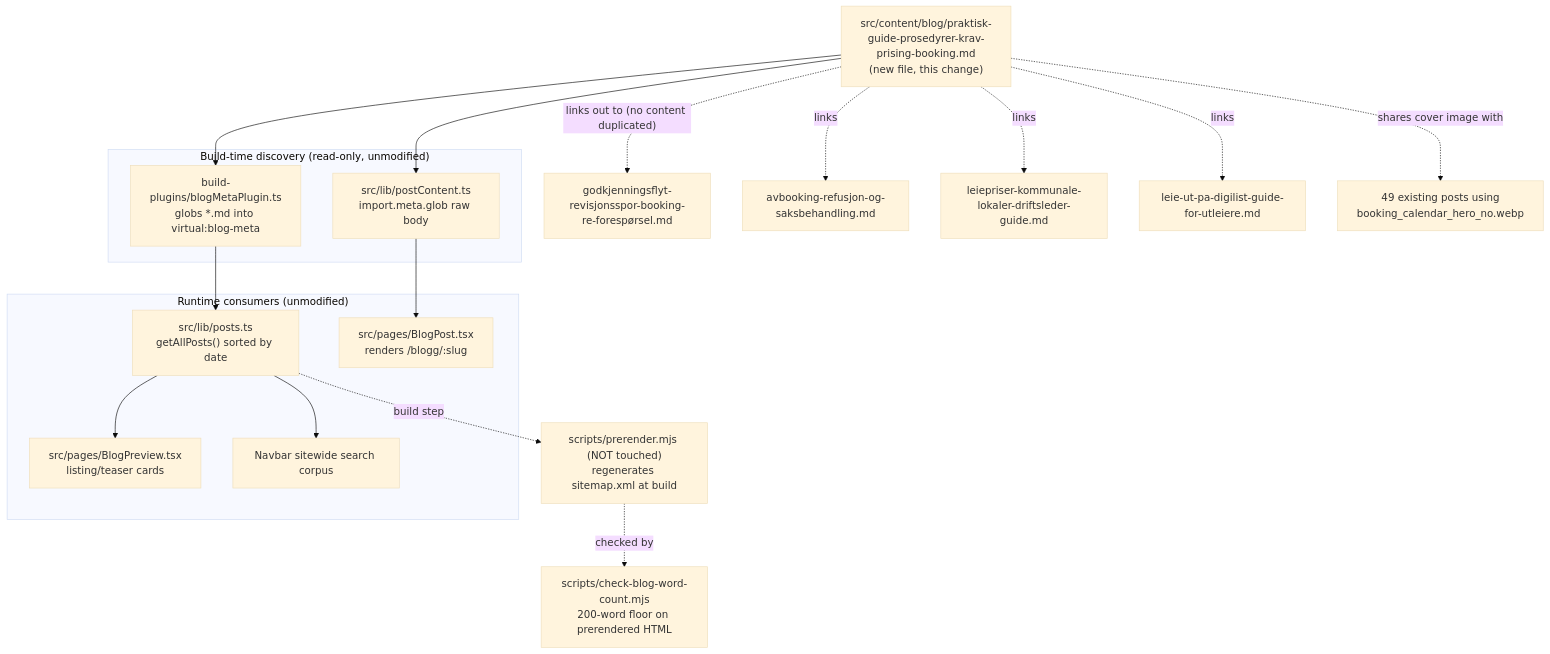
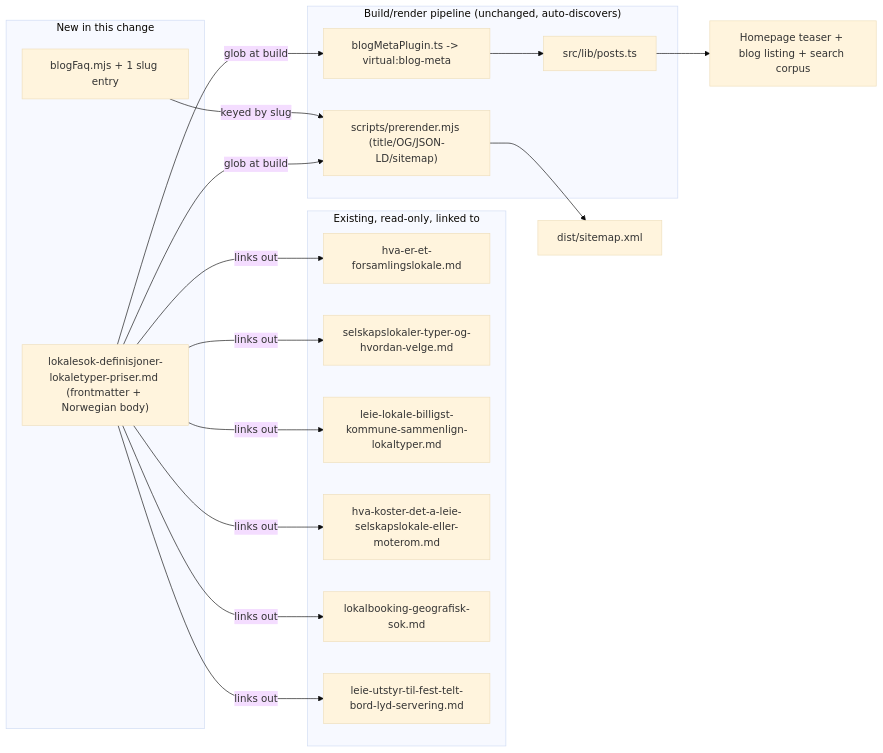
One commit to Xala-Technologies/booking-brilliance changed the diagram in AGENT-SPEC.md. Above: the diagram before and after it, drawn with Mermaid (base theme). The commit also changed other lines of this file and 2 other files, not shown here.

Commit message:
feat(XAL-1155): add lokalesøk definitions and overview blog post

````diff
--- a/AGENT-SPEC.md
+++ b/AGENT-SPEC.md
@@ -128,32 +108,29 @@
 ```mermaid
-flowchart TD
-    MD["src/content/blog/praktisk-guide-prosedyrer-krav-prising-booking.md<br/>(new file, this change)"]
-
-    subgraph BuildTime["Build-time discovery (read-only, unmodified)"]
-        Plugin["build-plugins/blogMetaPlugin.ts<br/>globs *.md into virtual:blog-meta"]
-        RawGlob["src/lib/postContent.ts<br/>import.meta.glob raw body"]
+flowchart LR
+    subgraph New["New in this change"]
+        MD["lokalesok-definisjoner-lokaletyper-priser.md (frontmatter + Norwegian body)"]
+        FAQ_ENTRY["blogFaq.mjs + 1 slug entry"]
     end
 
-    subgraph Runtime["Runtime consumers (unmodified)"]
-        PostsTS["src/lib/posts.ts<br/>getAllPosts() sorted by date"]
-        BlogPost["src/pages/BlogPost.tsx<br/>renders /blogg/:slug"]
-        BlogPreview["src/pages/BlogPreview.tsx<br/>listing/teaser cards"]
-        Search["Navbar sitewide search corpus"]
+    subgraph Existing["Existing, read-only, linked to"]
+        P1["hva-er-et-forsamlingslokale.md"]
+        P2["selskapslokaler-typer-og-hvordan-velge.md"]
+        P3["leie-lokale-billigst-kommune-sammenlign-lokaltyper.md"]
+        P4["hva-koster-det-a-leie-selskapslokale-eller-moterom.md"]
+        P5["lokalbooking-geografisk-sok.md"]
+        P6["leie-utstyr-til-fest-telt-bord-lyd-servering.md"]
     end
 
-    Prerender["scripts/prerender.mjs (NOT touched)<br/>regenerates sitemap.xml at build"]
-    WordCount["scripts/check-blog-word-count.mjs<br/>200-word floor on prerendered HTML"]
+    subgraph Pipeline["Build/render pipeline (unchanged, auto-discovers)"]
+        GLOB["blogMetaPlugin.ts -> virtual:blog-meta"]
+        POSTS["src/lib/posts.ts"]
+        PRERENDER["scripts/prerender.mjs (title/OG/JSON-LD/sitemap)"]
+    end
 
-    MD --> Plugin --> PostsTS
-    MD --> RawGlob --> BlogPost
-    PostsTS --> BlogPreview
-    PostsTS --> Search
-    PostsTS -.build step.-> Prerender
-    Prerender -.checked by.-> WordCount
-
-    MD -. "links out to (no content duplicated)" .-> A["godkjenningsflyt-revisjonsspor-booking-re-forespørsel.md"]
-    MD -. links .-> B["avbooking-refusjon-og-saksbehandling.md"]
-    MD -. links .-> C["leiepriser-kommunale-lokaler-driftsleder-guide.md"]
-    MD -. links .-> D["leie-ut-pa-digilist-guide-for-utleiere.md"]
-    MD -. "shares cover image with" .-> E["49 existing posts using<br/>booking_calendar_hero_no.webp"]
+    MD -- "glob at build" --> GLOB --> POSTS
+    MD -- "glob at build" --> PRERENDER
+    FAQ_ENTRY -- "keyed by slug" --> PRERENDER
+    MD -- "links out" --> P1 & P2 & P3 & P4 & P5 & P6
+    PRERENDER --> SITEMAP["dist/sitemap.xml"]
+    POSTS --> HOMEPAGE["Homepage teaser + blog listing + search corpus"]
 ```
````
